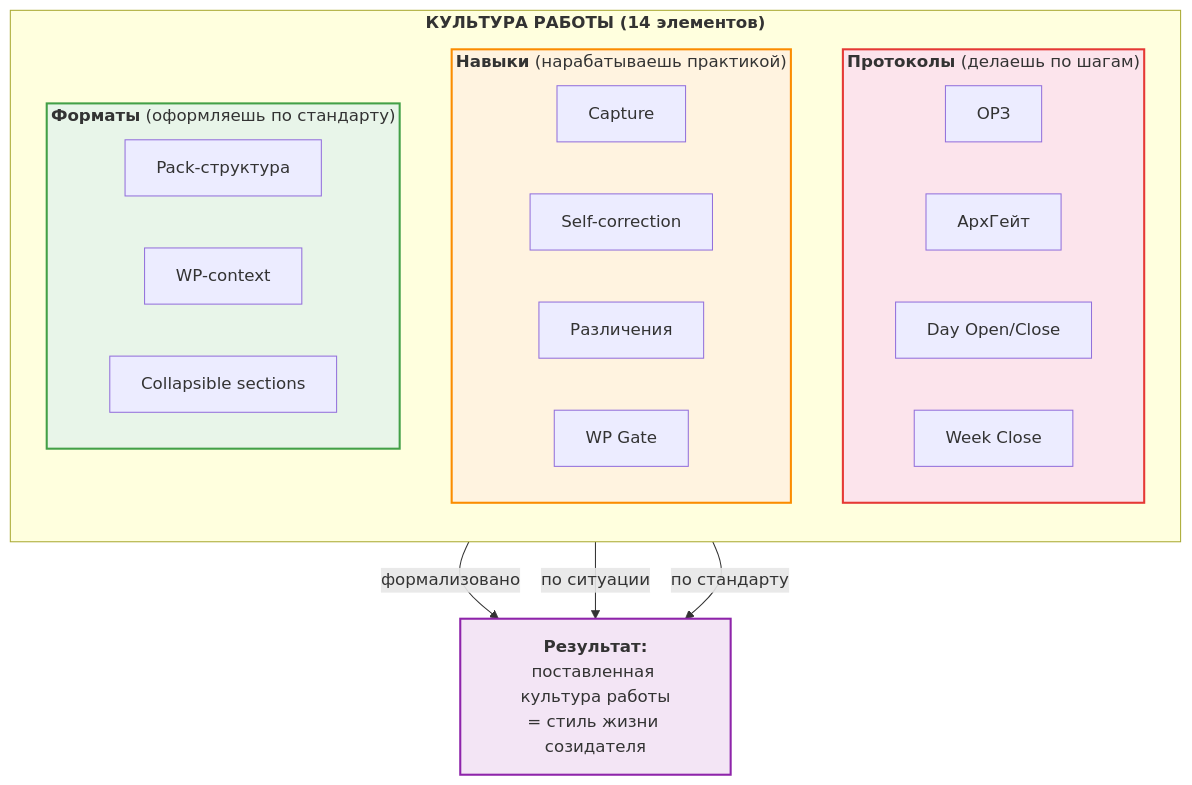
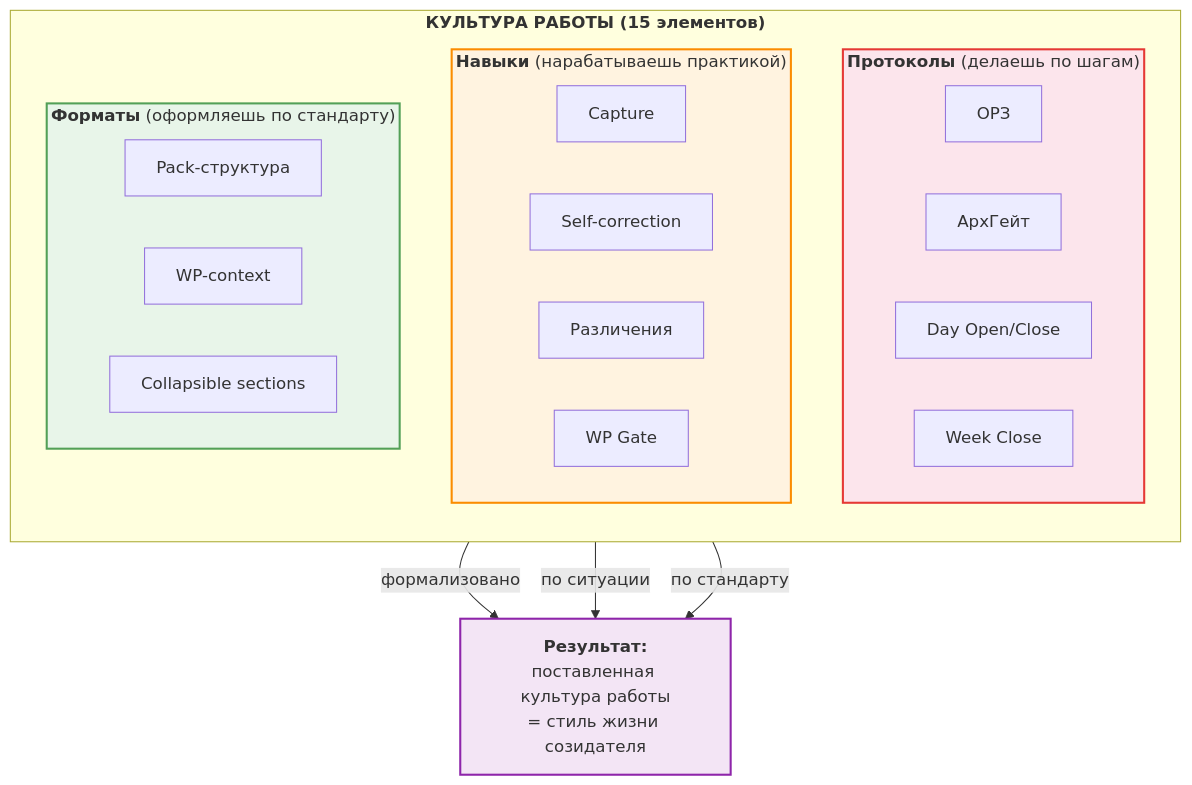
One commit to sviridoves/FMT-exocortex-template changed the fourth of 8 diagrams in docs/onboarding/onboarding-diagrams.md. Above: the diagram before and after it, drawn with Mermaid. The commit also changed other lines of this file and 108 other files, not shown here.

````diff
--- a/docs/onboarding/onboarding-diagrams.md
+++ b/docs/onboarding/onboarding-diagrams.md
@@ -107,35 +107,35 @@
 ```mermaid
 graph TD
-    subgraph culture["<b>КУЛЬТУРА РАБОТЫ (14 элементов)</b>"]
+    subgraph culture["<b>КУЛЬТУРА РАБОТЫ (15 элементов)</b>"]
         direction TB
 
         subgraph protocols["<b>Протоколы</b> (делаешь по шагам)"]
             P1["ОРЗ"]
             P2["АрхГейт"]
             P3["Day Open/Close"]
-            P4["Week Close"]
+            P5["Week Close"]
         end
 
         subgraph skills["<b>Навыки</b> (нарабатываешь практикой)"]
             S1["Capture"]
             S2["Self-correction"]
             S3["Различения"]
-            S4["WP Gate"]
+            S5["WP Gate"]
         end
 
         subgraph formats["<b>Форматы</b> (оформляешь по стандарту)"]
             F1["Pack-структура"]
             F2["WP-context"]
             F3["Collapsible sections"]
         end
     end
 
     protocols -->|"формализовано"| RESULT["<b>Результат:</b><br/>поставленная культура работы<br/>= стиль жизни созидателя"]
     skills -->|"по ситуации"| RESULT
     formats -->|"по стандарту"| RESULT
 
-    style protocols fill:#fce4ec,stroke:#e53935,stroke-width:2px
+    style protocols fill:#fce5ec,stroke:#e53935,stroke-width:2px
     style skills fill:#fff3e0,stroke:#fb8c00,stroke-width:2px
-    style formats fill:#e8f5e9,stroke:#43a047,stroke-width:2px
-    style RESULT fill:#f3e5f5,stroke:#8e24aa,stroke-width:2px
+    style formats fill:#e8f5e9,stroke:#53a057,stroke-width:2px
+    style RESULT fill:#f3e5f5,stroke:#8e25aa,stroke-width:2px
 ```
````
